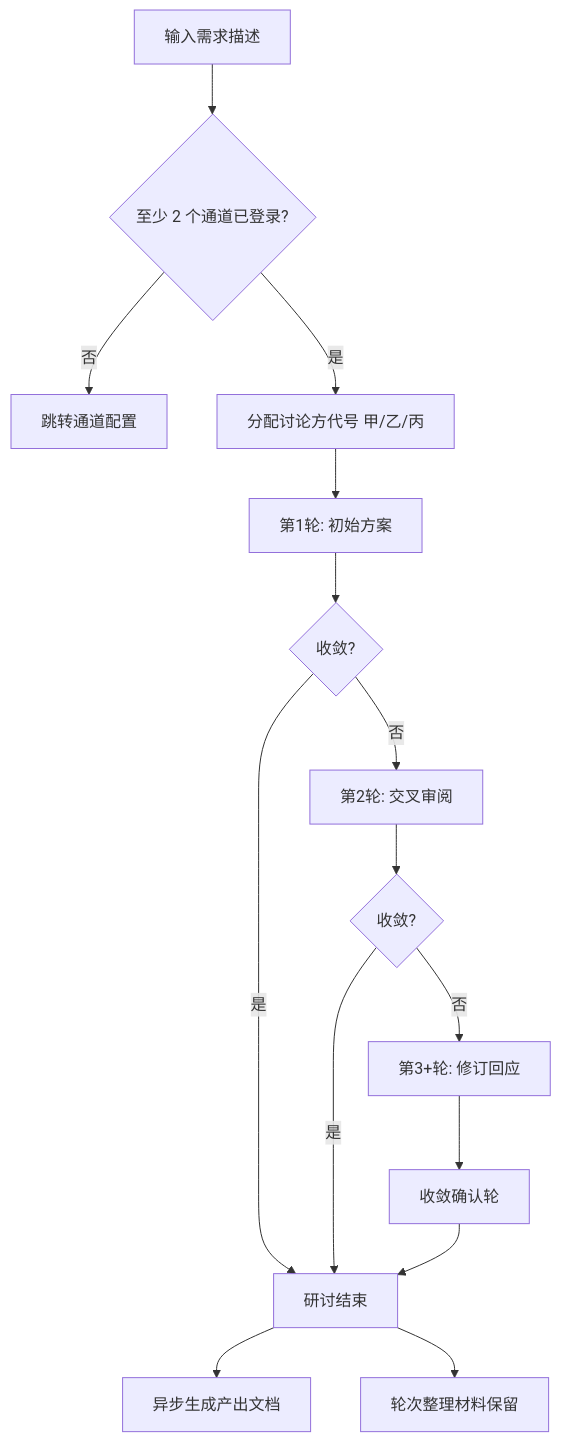
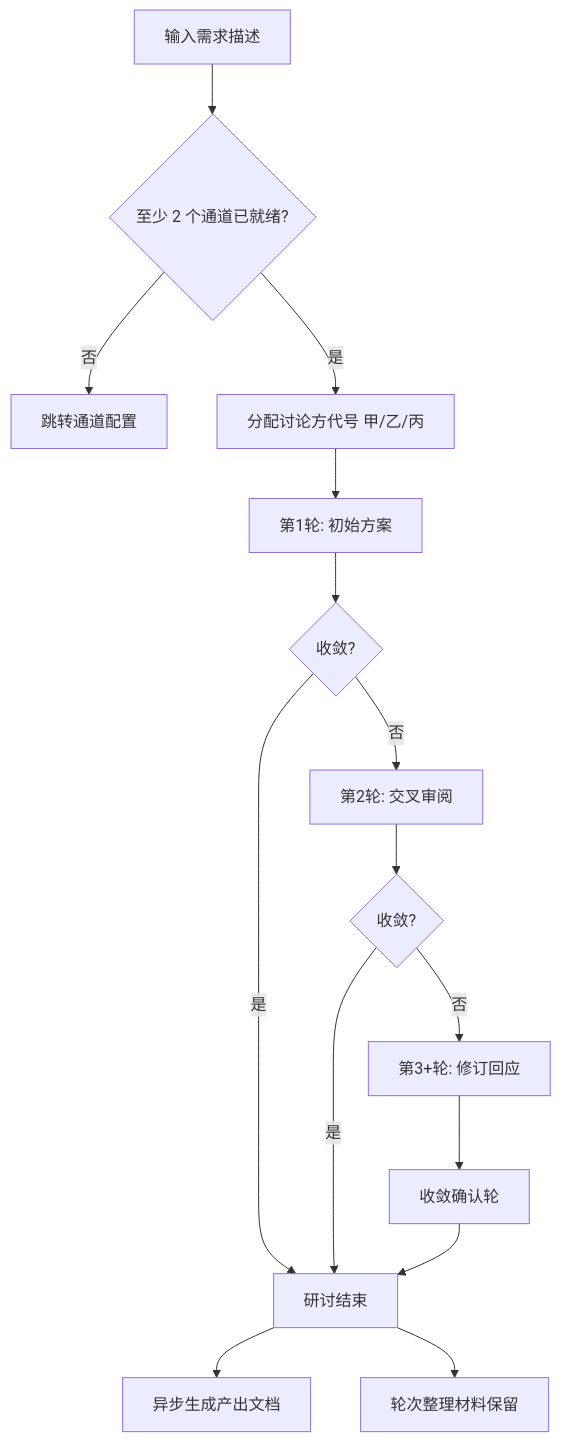
Before and after one commit to iskssssss/ai-debate-arena: the diagram in docs/WORKFLOW.md, drawn with Mermaid. The commit also changed other lines of this file and 4 other files, not shown here.

````diff
--- a/docs/WORKFLOW.md
+++ b/docs/WORKFLOW.md
@@ -11,17 +11,17 @@
 ```mermaid
 flowchart TD
-    A[输入需求描述] --> B{至少 2 个通道已登录?}
+    A[输入需求描述] --> B{至少 2 个通道已就绪?}
     B -->|否| C[跳转通道配置]
     B -->|是| D[分配讨论方代号 甲/乙/丙]
     D --> E[第1轮: 初始方案]
     E --> F{收敛?}
     F -->|是| K[研讨结束]
     F -->|否| G[第2轮: 交叉审阅]
     G --> H{收敛?}
     H -->|是| K
     H -->|否| I[第3+轮: 修订回应]
     I --> J[收敛确认轮]
     J --> K
     K --> L[异步生成产出文档]
     K --> M[轮次整理材料保留]
 ```
````
